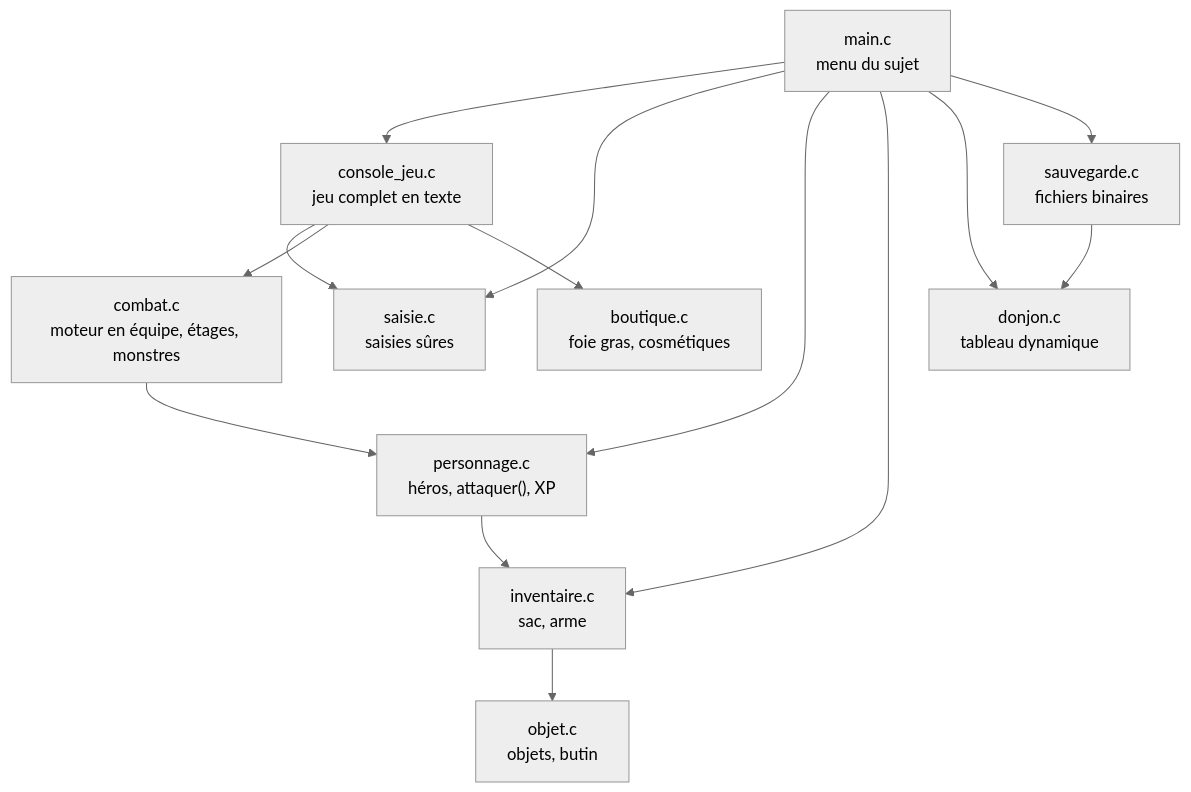
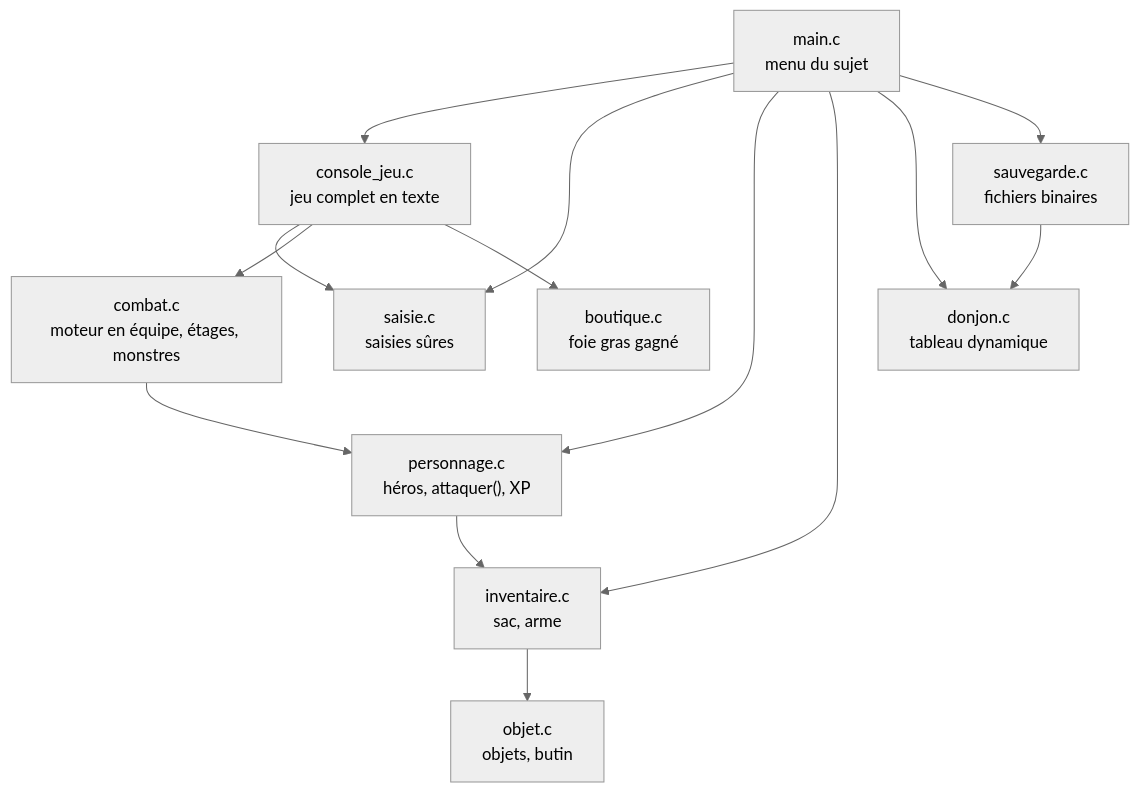
Before and after one commit to evomerse/duckgeon: the seventh of 15 diagrams in README.md, drawn with Mermaid (neutral theme). The commit also changed other lines of this file, not shown here.

Commit message:
README : boutique de cosmétiques réservée à Duckgeon, menu du terminal de 1 à 11

````diff
--- a/README.md
+++ b/README.md
@@ -581,16 +575,16 @@
 ```mermaid
 flowchart TD
     main["main.c<br/>menu du sujet"] --> console["console_jeu.c<br/>jeu complet en texte"]
     main --> saisie["saisie.c<br/>saisies sûres"]
     console --> saisie
     main --> perso["personnage.c<br/>héros, attaquer(), XP"]
     main --> inv["inventaire.c<br/>sac, arme"]
     main --> donjon["donjon.c<br/>tableau dynamique"]
     main --> sauve["sauvegarde.c<br/>fichiers binaires"]
     console --> combat["combat.c<br/>moteur en équipe, étages, monstres"]
-    console --> boutique["boutique.c<br/>foie gras, cosmétiques"]
+    console --> boutique["boutique.c<br/>foie gras gagné"]
     combat --> perso
     inv --> objet["objet.c<br/>objets, butin"]
     perso --> inv
     sauve --> donjon
 ```
````
